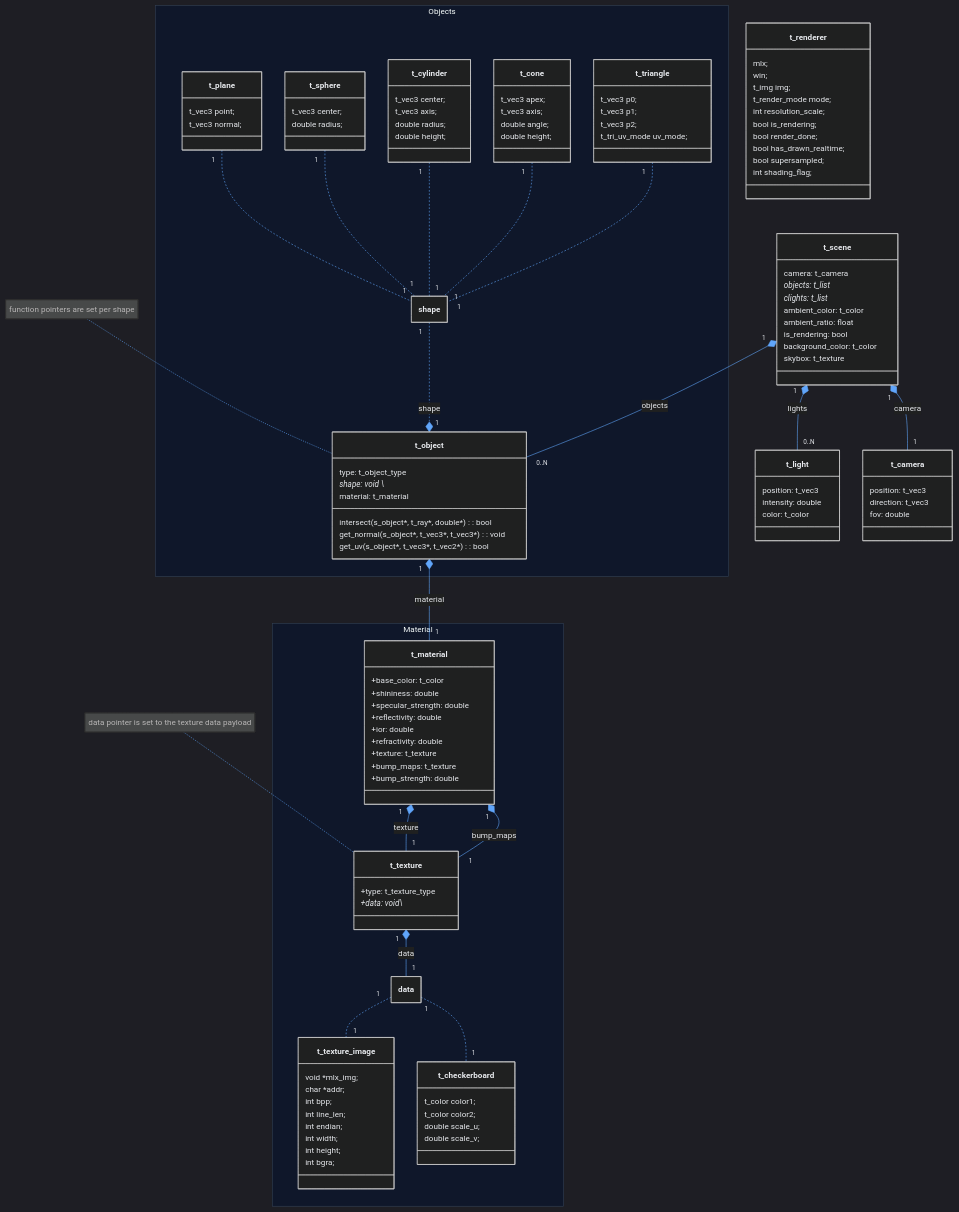
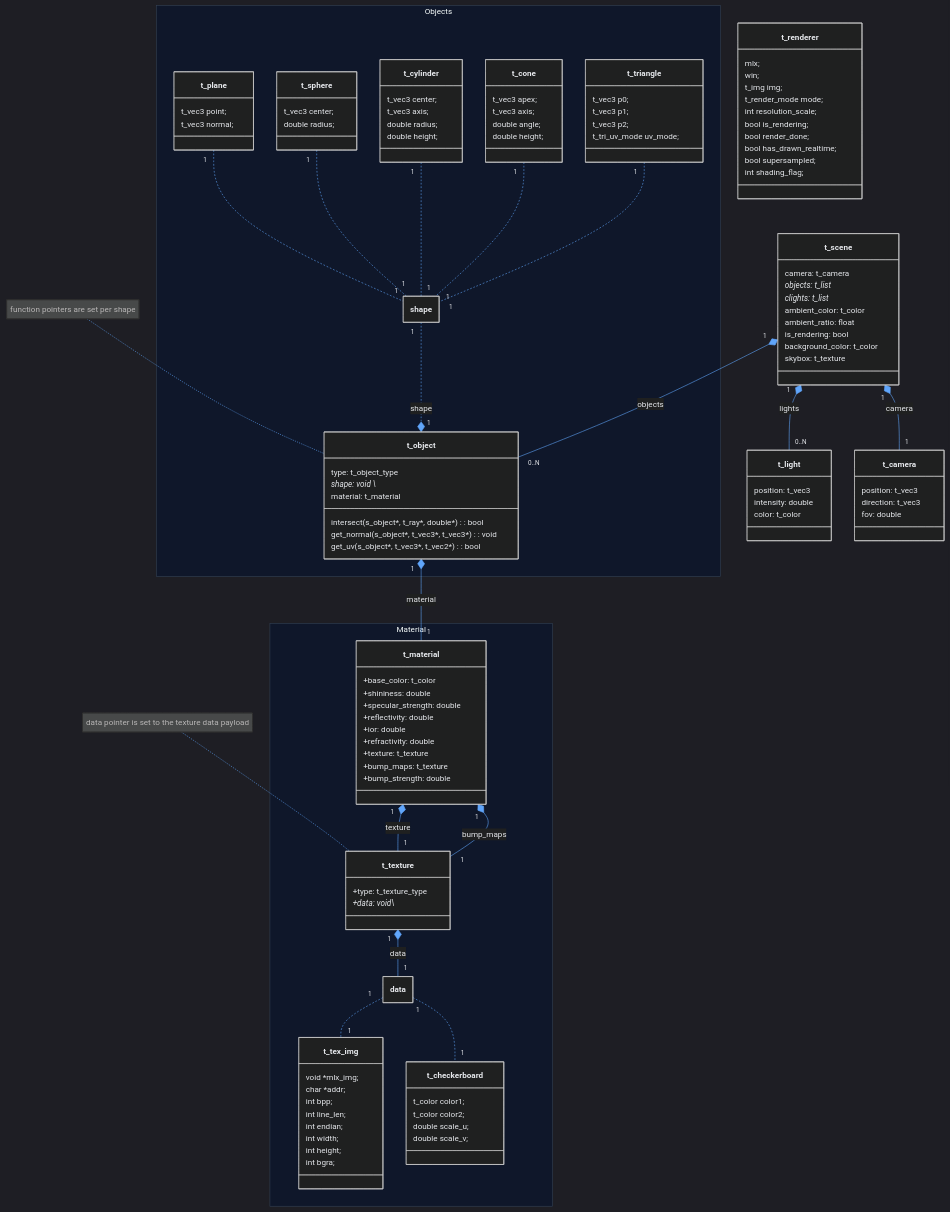
One commit to antolp/miniRT changed the diagram in docs/data_struct.md. Above: the diagram before and after it, drawn with Mermaid. The commit also changed other lines of this file and 63 other files, not shown here.

```diff
--- a/docs/data_struct.md
+++ b/docs/data_struct.md
@@ -93,7 +93,7 @@
   +data: void\*
 }
 
-class t_texture_image {
+class t_tex_img {
     void   *mlx_img;
     char   *addr;
     int     bpp;
@@ -114,7 +114,7 @@
 namespace Material {
   class t_material
   class t_texture
-  class t_texture_image
+  class t_tex_img
   class t_checkerboard 
   class data
 }
@@ -180,7 +180,7 @@
 t_material "1" *-- "1" t_texture : texture
 t_material "1" *-- "1" t_texture : bump_maps
 t_texture "1" *-- "1" data : data
-data "1" .. "1" t_texture_image
+data "1" .. "1" t_tex_img
 data "1" .. "1" t_checkerboard
 
 t_scene "1" *-- "1" t_camera : camera
```
